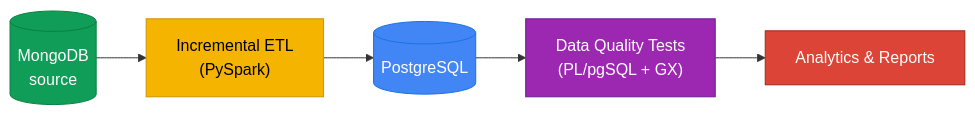
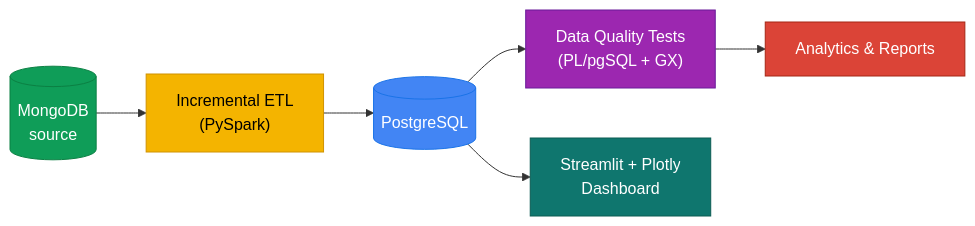
Before and after one commit to Nitinx12/Bike-Store-Relational-Database: the diagram in README.md, drawn with Mermaid. The commit also changed other lines of this file and 54 other files, not shown here.

Commit message:
feat(dashboard): add Streamlit+Plotly production dashboard with Cloud deploy and live README link

````diff
--- a/README.md
+++ b/README.md
@@ -28,13 +31,15 @@
 ```mermaid
 flowchart LR
     classDef source fill:#0f9d58,stroke:#0b8043,color:#ffffff
     classDef etl fill:#f4b400,stroke:#d09200,color:#000000
     classDef target fill:#4285f4,stroke:#1a73e8,color:#ffffff
     classDef qa fill:#9c27b0,stroke:#6a1b9a,color:#ffffff
     classDef output fill:#db4437,stroke:#a52714,color:#ffffff
+    classDef dash fill:#0F766E,stroke:#0b5c53,color:#ffffff
 
     A[("MongoDB<br/>source")]:::source --> B["Incremental ETL<br/>(PySpark)"]:::etl
     B --> C[("PostgreSQL")]:::target
     C --> D["Data Quality Tests<br/>(PL/pgSQL + GX)"]:::qa
     D --> E["Analytics & Reports"]:::output
+    C --> F["Streamlit + Plotly<br/>Dashboard"]:::dash
 ```
````
